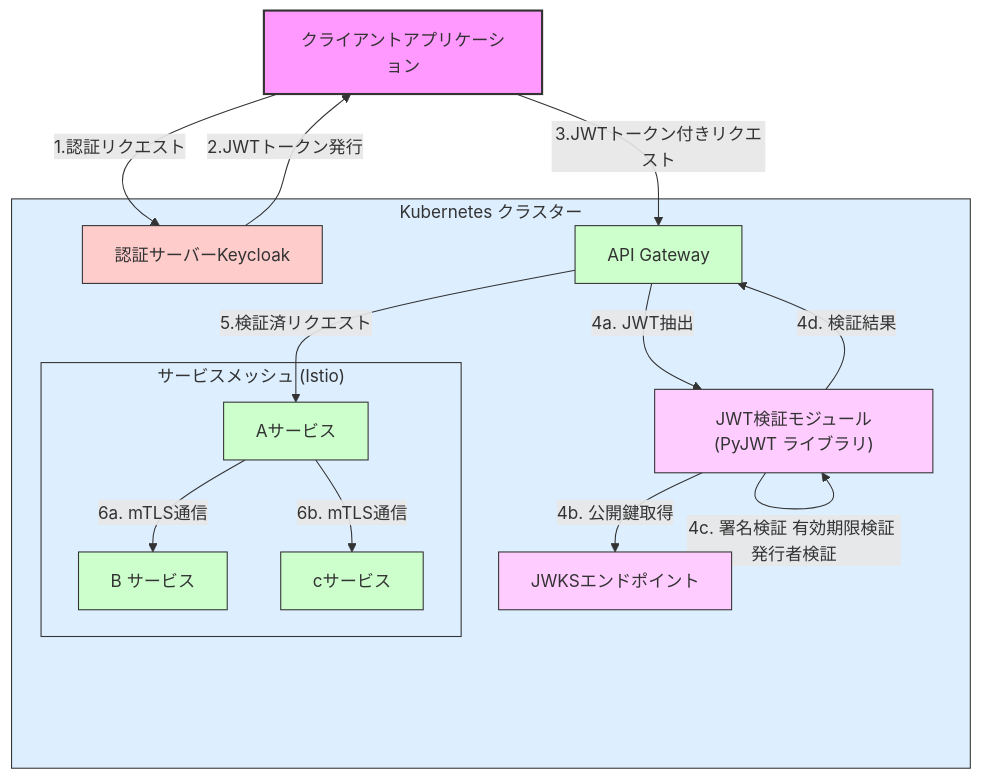
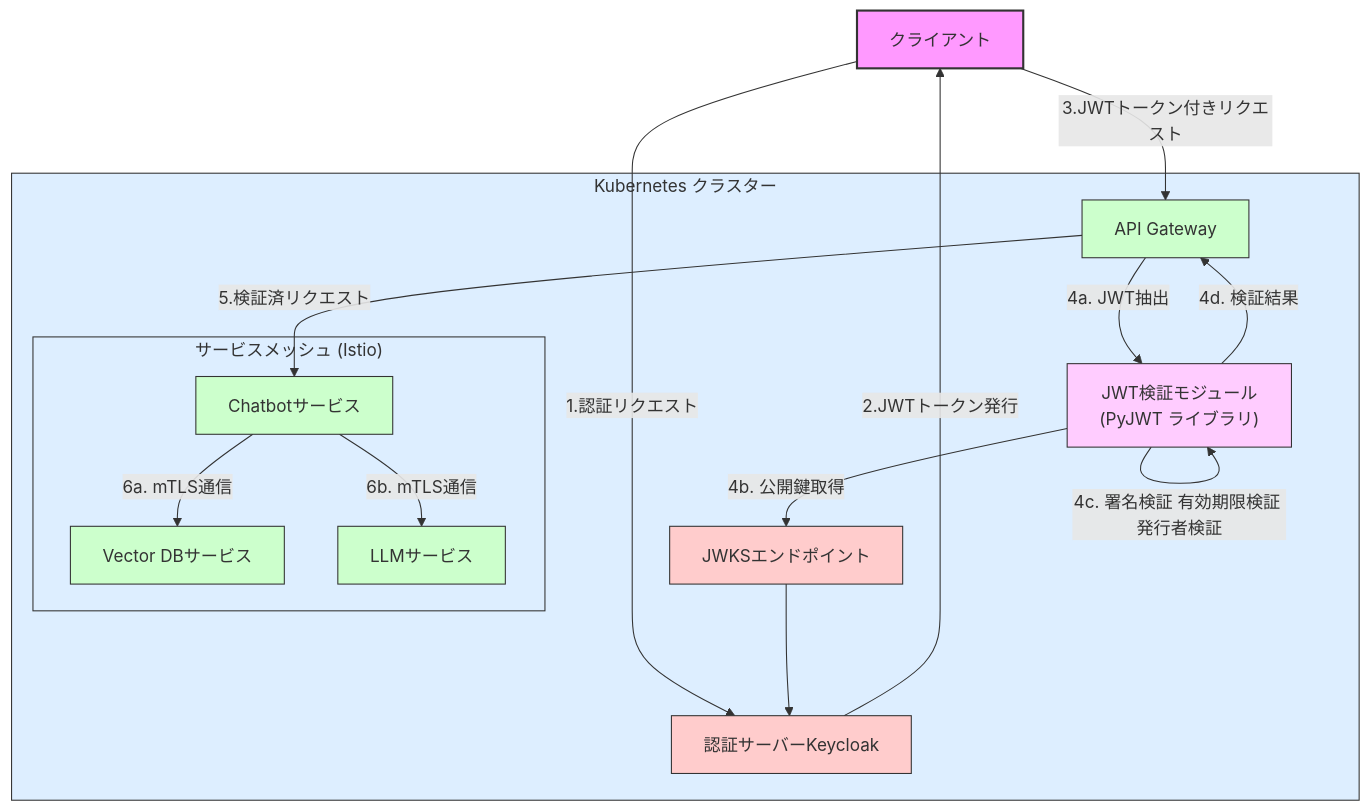
Before and after one commit to shou-w/ResourceHub: the diagram in APIGateway/構成図.md, drawn with Mermaid. The commit also changed 1 other file, not shown here.

````diff
--- a/APIGateway/構成図.md
+++ b/APIGateway/構成図.md
@@ -1,39 +1,40 @@
 ```mermaid
 graph TD
-    Client[クライアントアプリケーション] -->|1.認証リクエスト| Keycloak[認証サーバーKeycloak]
+    Client[クライアント] -->|1.認証リクエスト| Keycloak[認証サーバーKeycloak]
     Keycloak -->|2.JWTトークン発行| Client
     Client -->|3.JWTトークン付きリクエスト| Gateway[API Gateway]
     
     subgraph K8s["Kubernetes クラスター"]
-        Gateway -->|4a. JWT抽出| JWT["JWT検証モジュール(PyJWT ライブラリ)"]
+        Gateway -->|4a. JWT抽出| JWT["JWT検証モジュール\n(PyJWT ライブラリ)"]
         JWT -->|4b. 公開鍵取得| JWKS[JWKSエンドポイント]
         JWT -->|4c. 署名検証 有効期限検証 発行者検証| JWT
         JWT -->|4d. 検証結果| Gateway
+        JWKS -->| | Keycloak
         
-        Gateway -->|5.検証済リクエスト| A[Aサービス]
+        Gateway -->|5.検証済リクエスト| Chatbot[Chatbotサービス]
         
-        A -->|6a. mTLS通信| B[B サービス]
-        A -->|6b. mTLS通信| c[cサービス]
+        Chatbot -->|6a. mTLS通信| Vector[Vector DBサービス]
+        Chatbot -->|6b. mTLS通信| LLM[LLMサービス]
         
         subgraph ServiceMesh["サービスメッシュ (Istio)"]
-            A
-            B
-            c
+            Chatbot
+            Vector
+            LLM
         end
         
         Keycloak
     end
     
     classDef external fill:#f9f,stroke:#333,stroke-width:2px;
     classDef k8s fill:#def,stroke:#333,stroke-width:1px;
     classDef service fill:#cfc,stroke:#333,stroke-width:1px;
     classDef auth fill:#fcc,stroke:#333,stroke-width:1px;
     classDef jwt fill:#fcf,stroke:#333,stroke-width:1px;
     
     class Client external;
     class K8s k8s;
-    class Gateway,A,B,c service;
-    class Keycloak auth;
+    class Gateway,Chatbot,Vector,LLM service;
+    class Keycloak,JWKS auth;
     class ServiceMesh k8s;
-    class JWT,JWKS jwt;
+    class JWT jwt;
 ```
````
